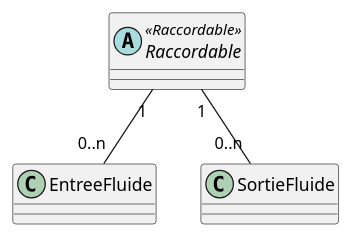
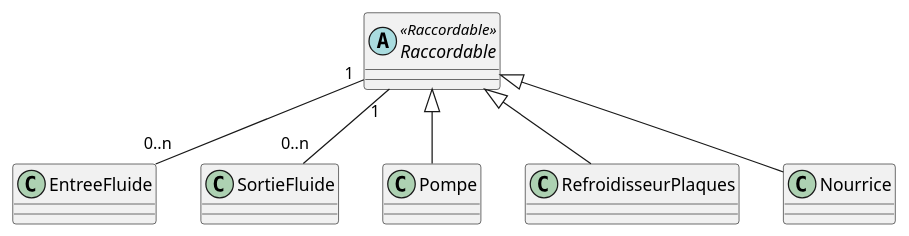
Before and after one commit to beerfactory/brewbox-uml: the diagram in raccordable.iuml, drawn with PlantUML. The commit also changed 5 other files, not shown here.

```diff
--- a/raccordable.iuml
+++ b/raccordable.iuml
@@ -1,6 +1,9 @@
 abstract class Raccordable <<Raccordable>> {
 	
 }
 
 Raccordable "1"-- "0..n" EntreeFluide
 Raccordable "1"-- "0..n" SortieFluide
+Raccordable <|-- Pompe
+Raccordable <|-- RefroidisseurPlaques
+Raccordable <|-- Nourrice
```
